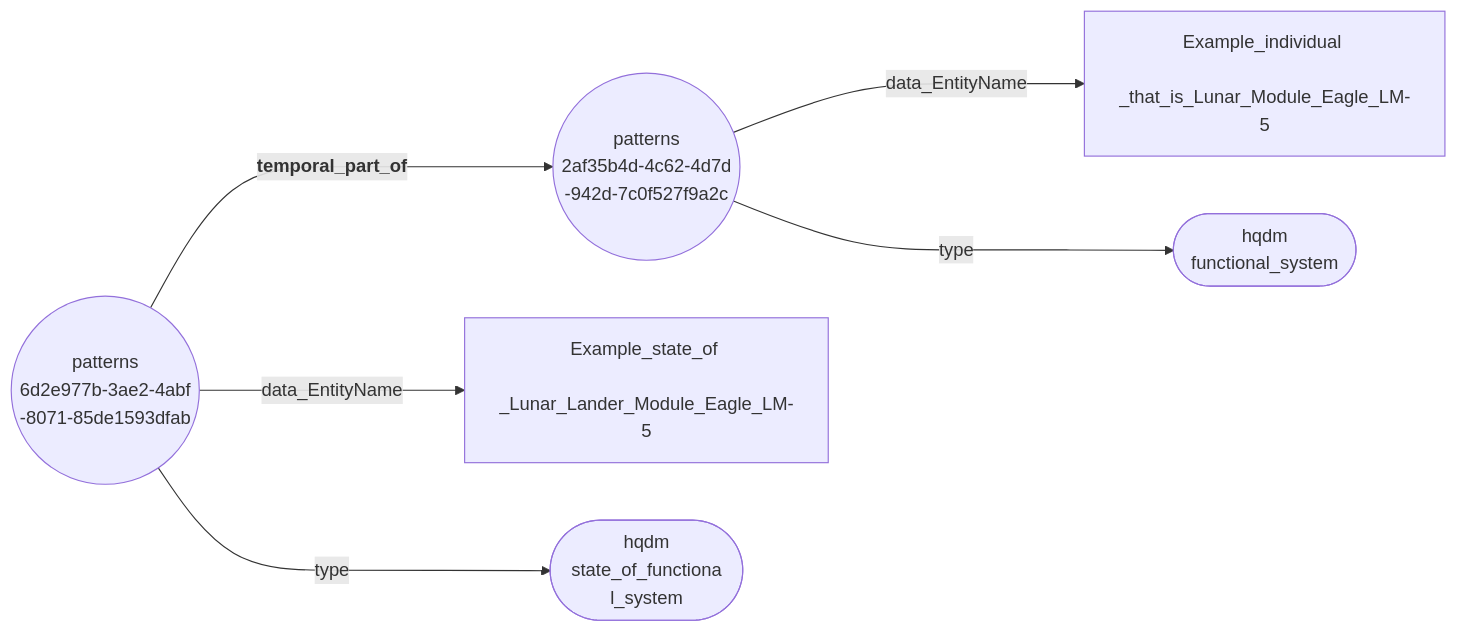
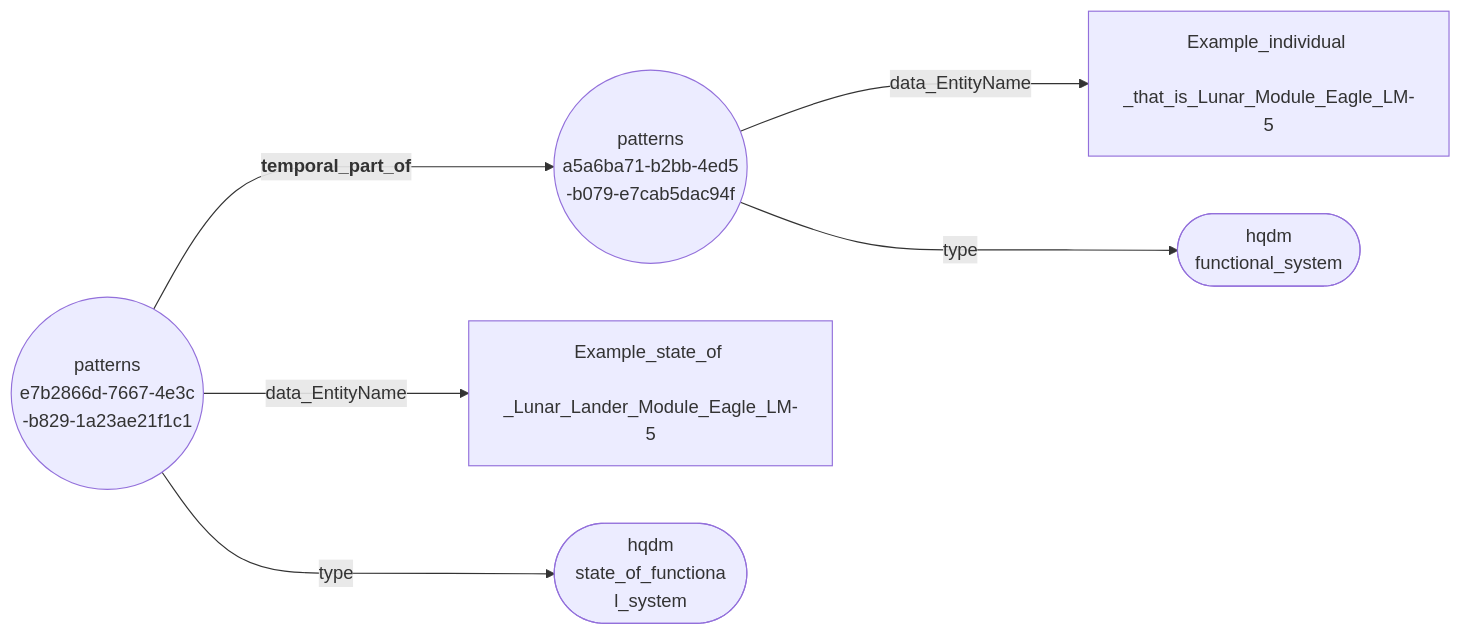
One commit to ClimbingAl/HqdmPatterns changed the diagram in docs/extras/example-files/temporalPartOfNodeEdgeGraph.mermaid. Above: the diagram before and after it, drawn with Mermaid. The commit also changed 56 other files, not shown here.

Commit message:
system and system component example added

````diff
--- a/docs/extras/example-files/temporalPartOfNodeEdgeGraph.mermaid
+++ b/docs/extras/example-files/temporalPartOfNodeEdgeGraph.mermaid
@@ -1,8 +1,8 @@
 ``` mermaid
 graph LR
-  2af35b4d-4c62-4d7d-942d-7c0f527f9a2c(("patterns <br> 2af35b4d-4c62-4d7d <br> -942d-7c0f527f9a2c"))--->|"data_EntityName"|Example_individual_that_is_Lunar_Module_Eagle_LM-5["Example_individual <br> _that_is_Lunar_Module_Eagle_LM-5"];
-  2af35b4d-4c62-4d7d-942d-7c0f527f9a2c(("patterns <br> 2af35b4d-4c62-4d7d <br> -942d-7c0f527f9a2c"))--->|"type"|functional_system(["hqdm <br> functional_system"]);
-  6d2e977b-3ae2-4abf-8071-85de1593dfab(("patterns <br> 6d2e977b-3ae2-4abf <br> -8071-85de1593dfab"))--->|"<b> temporal_part_of"|2af35b4d-4c62-4d7d-942d-7c0f527f9a2c(("patterns <br> 2af35b4d-4c62-4d7d <br> -942d-7c0f527f9a2c"));
-  6d2e977b-3ae2-4abf-8071-85de1593dfab(("patterns <br> 6d2e977b-3ae2-4abf <br> -8071-85de1593dfab"))--->|"data_EntityName"|Example_state_of_Lunar_Lander_Module_Eagle_LM-5["Example_state_of <br> _Lunar_Lander_Module_Eagle_LM-5"];
-  6d2e977b-3ae2-4abf-8071-85de1593dfab(("patterns <br> 6d2e977b-3ae2-4abf <br> -8071-85de1593dfab"))--->|"type"|state_of_functional_system(["hqdm <br> state_of_functiona <br> l_system"]);
+  a5a6ba71-b2bb-4ed5-b079-e7cab5dac94f(("patterns <br> a5a6ba71-b2bb-4ed5 <br> -b079-e7cab5dac94f"))--->|"data_EntityName"|Example_individual_that_is_Lunar_Module_Eagle_LM-5["Example_individual <br> _that_is_Lunar_Module_Eagle_LM-5"];
+  a5a6ba71-b2bb-4ed5-b079-e7cab5dac94f(("patterns <br> a5a6ba71-b2bb-4ed5 <br> -b079-e7cab5dac94f"))--->|"type"|functional_system(["hqdm <br> functional_system"]);
+  e7b2866d-7667-4e3c-b829-1a23ae21f1c1(("patterns <br> e7b2866d-7667-4e3c <br> -b829-1a23ae21f1c1"))--->|"<b> temporal_part_of"|a5a6ba71-b2bb-4ed5-b079-e7cab5dac94f(("patterns <br> a5a6ba71-b2bb-4ed5 <br> -b079-e7cab5dac94f"));
+  e7b2866d-7667-4e3c-b829-1a23ae21f1c1(("patterns <br> e7b2866d-7667-4e3c <br> -b829-1a23ae21f1c1"))--->|"data_EntityName"|Example_state_of_Lunar_Lander_Module_Eagle_LM-5["Example_state_of <br> _Lunar_Lander_Module_Eagle_LM-5"];
+  e7b2866d-7667-4e3c-b829-1a23ae21f1c1(("patterns <br> e7b2866d-7667-4e3c <br> -b829-1a23ae21f1c1"))--->|"type"|state_of_functional_system(["hqdm <br> state_of_functiona <br> l_system"]);
 ```
````
